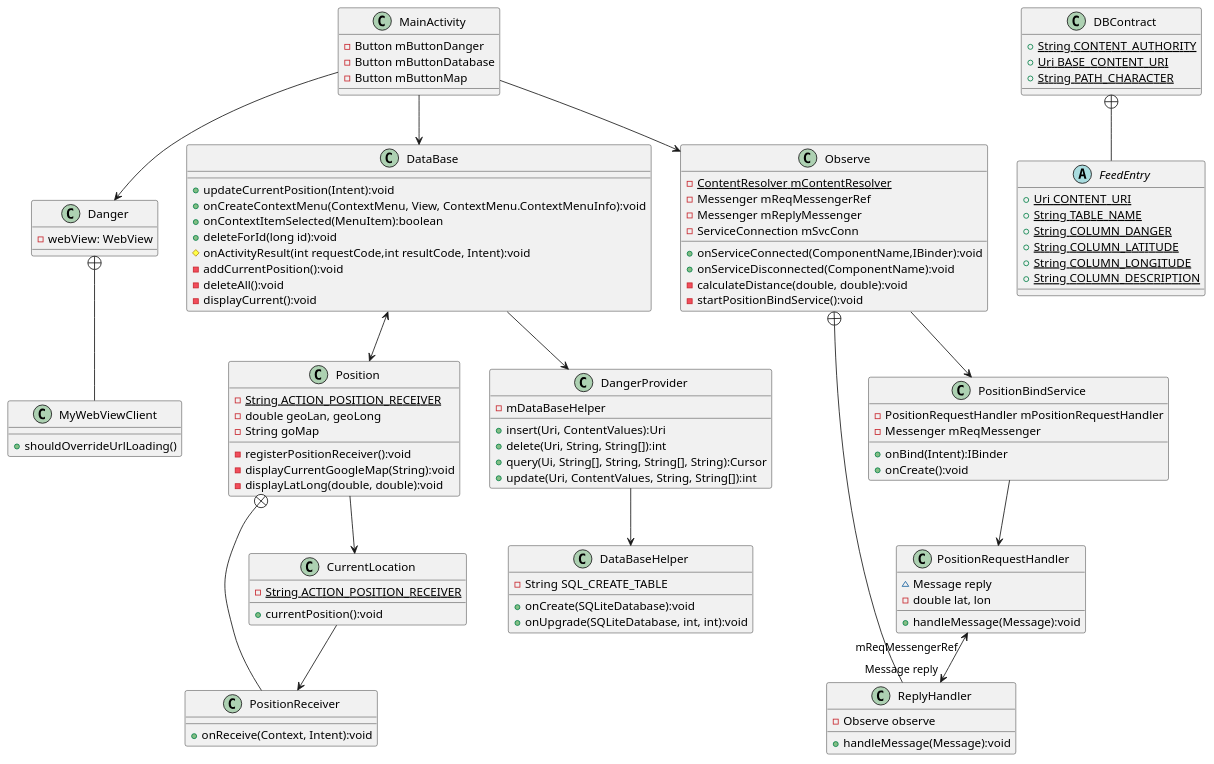
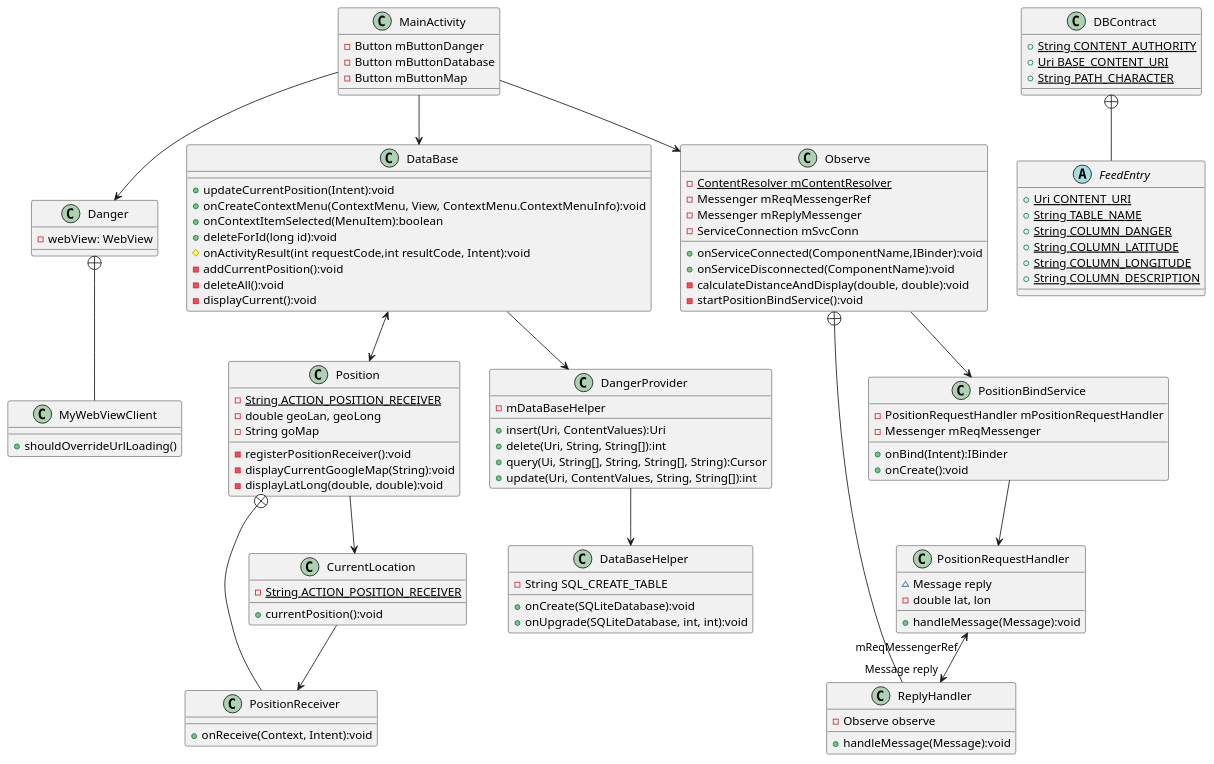
Before and after one commit to AlexYach1973/Capstone: the diagram in app/src/main/java/org/coursera/sustainableapps/caostoneproject/UML diagram.puml, drawn with PlantUML. The commit also changed 7 other files, not shown here.

```diff
--- a/app/src/main/java/org/coursera/sustainableapps/caostoneproject/UML diagram.puml
+++ b/app/src/main/java/org/coursera/sustainableapps/caostoneproject/UML diagram.puml
@@ -1,122 +1,122 @@
 @startuml
 'https://plantuml.com/class-diagram
 
 class MainActivity {
 -Button mButtonDanger
 -Button mButtonDatabase
 -Button mButtonMap
 
 }
 
 class Danger {
  -webView: WebView
 }
 
 class MyWebViewClient {
  +shouldOverrideUrlLoading()
 }
 
 class DataBase {
 + updateCurrentPosition(Intent):void
 + onCreateContextMenu(ContextMenu, View, ContextMenu.ContextMenuInfo):void
 + onContextItemSelected(MenuItem):boolean
 + deleteForId(long id):void
 # onActivityResult(int requestCode,int resultCode, Intent):void
 - addCurrentPosition():void
 - deleteAll():void
 - displayCurrent():void
 }
 
 class Observe {
 - {static} ContentResolver mContentResolver
 - Messenger mReqMessengerRef
 -  Messenger mReplyMessenger
 - ServiceConnection mSvcConn
 + onServiceConnected(ComponentName,IBinder):void
 + onServiceDisconnected(ComponentName):void
-- calculateDistance(double, double):void
+- calculateDistanceAndDisplay(double, double):void
 - startPositionBindService():void
 }
 
 class ReplyHandler {
 - Observe observe
 + handleMessage(Message):void
 }
 
 class PositionBindService {
 - PositionRequestHandler mPositionRequestHandler
 - Messenger mReqMessenger
 + onBind(Intent):IBinder
 + onCreate():void
 }
 
 class PositionRequestHandler {
 ~ Message reply
 - double lat, lon
 + handleMessage(Message):void
 }
 
 class Position {
 - {static} String ACTION_POSITION_RECEIVER
 - double geoLan, geoLong
 - String goMap
 - registerPositionReceiver():void
 - displayCurrentGoogleMap(String):void
 - displayLatLong(double, double):void
 }
 
 class PositionReceiver {
 +  onReceive(Context, Intent):void
 }
 
 class CurrentLocation {
 - {static} String ACTION_POSITION_RECEIVER
 + currentPosition():void
 }
 
 class DataBaseHelper {
 - String SQL_CREATE_TABLE
 + onCreate(SQLiteDatabase):void
 + onUpgrade(SQLiteDatabase, int, int):void
 }
 
 class DangerProvider {
 - mDataBaseHelper
 + insert(Uri, ContentValues):Uri
 + delete(Uri, String, String[]):int
 + query(Ui, String[], String, String[], String):Cursor
 + update(Uri, ContentValues, String, String[]):int
 }
 
 class DBContract {
 + {static} String CONTENT_AUTHORITY
 + {static} Uri BASE_CONTENT_URI
 + {static} String PATH_CHARACTER
 }
 
 abstract class FeedEntry {
 + {static} Uri CONTENT_URI
 + {static} String TABLE_NAME
 + {static} String COLUMN_DANGER
 + {static} String COLUMN_LATITUDE
 + {static} String COLUMN_LONGITUDE
 + {static} String COLUMN_DESCRIPTION
 }
 
 MainActivity --> Danger
 MainActivity --> Observe
 MainActivity --> DataBase
 DataBase <--> Position
 DataBase --> DangerProvider
 DBContract +-- FeedEntry
 Position +-- PositionReceiver
 Observe +-- ReplyHandler
 Observe --> PositionBindService
 PositionBindService --> PositionRequestHandler
 PositionRequestHandler "mReqMessengerRef" <--> "Message reply" ReplyHandler
 DangerProvider --> DataBaseHelper
 Danger +-- MyWebViewClient
 Position --> CurrentLocation
 CurrentLocation --> PositionReceiver
 
 @enduml
```
